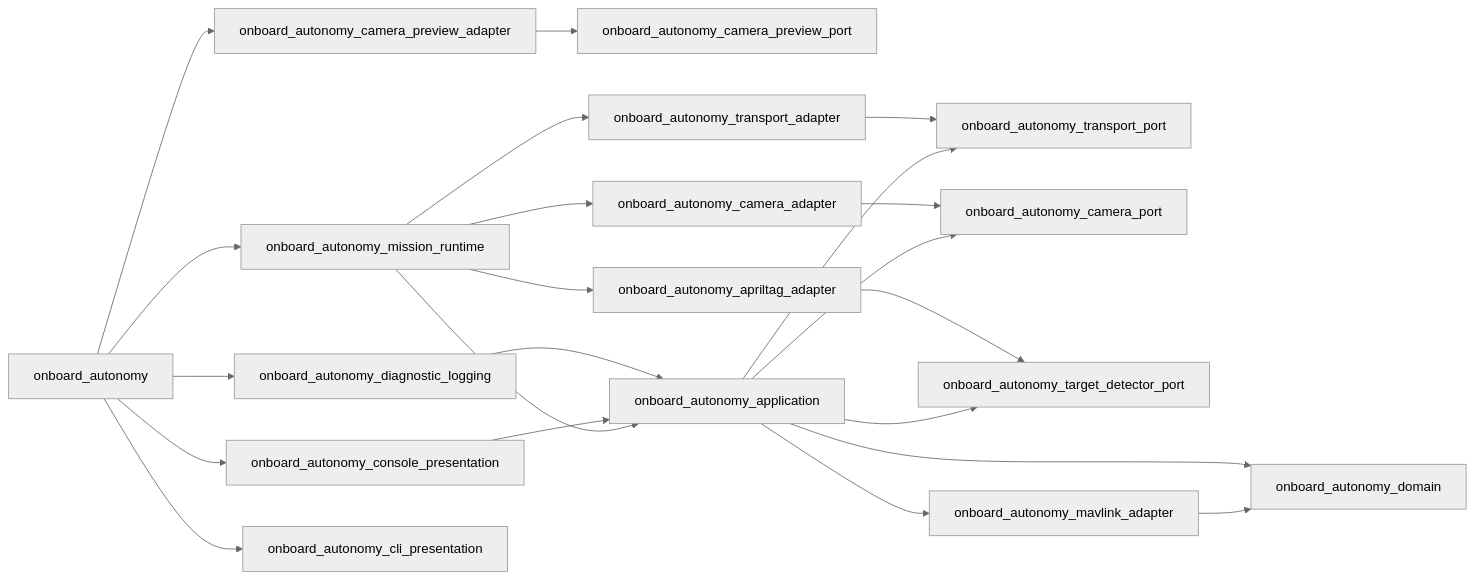
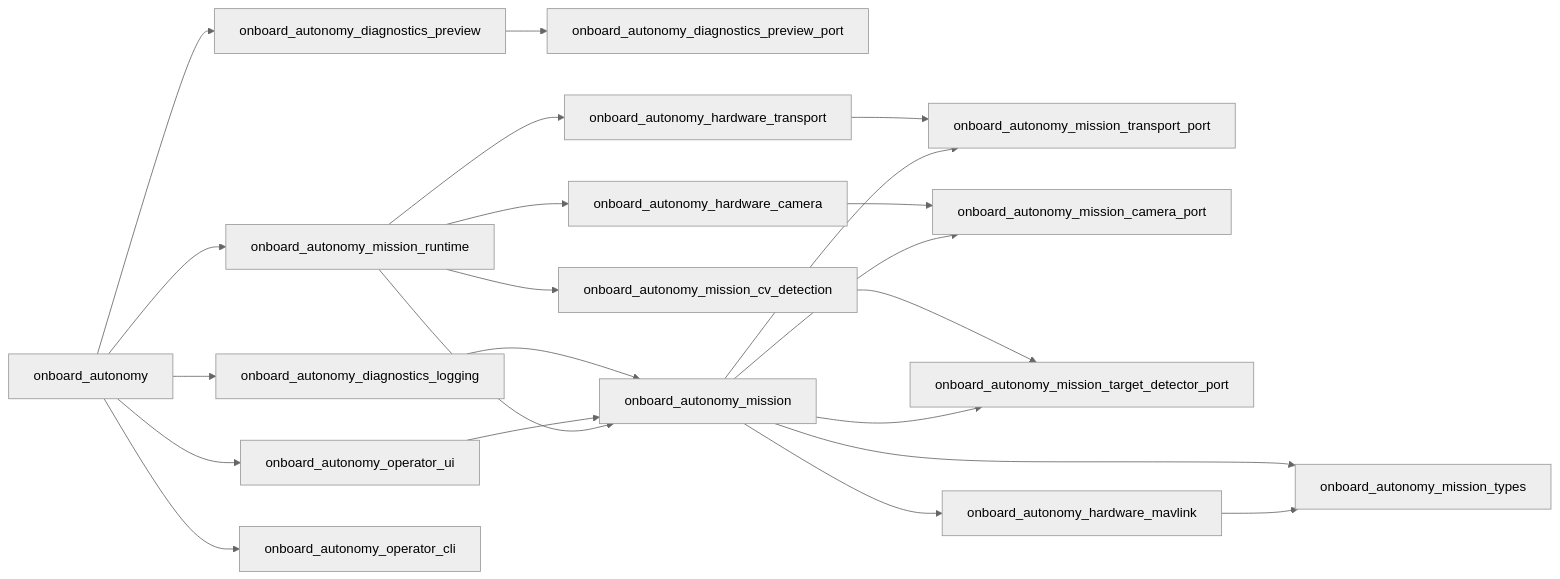
The second of 2 diagrams in docs/architecture.md (matemink/OnboardAutonomy), drawn with Mermaid (neutral theme) before and after one commit. The commit also changed other lines of this file and 180 other files, not shown here.

````diff
--- a/docs/architecture.md
+++ b/docs/architecture.md
@@ -54,30 +78,30 @@
 ```mermaid
 flowchart LR
-    Domain["onboard_autonomy_domain"]
-    TransportPort["onboard_autonomy_transport_port"]
-    CameraPort["onboard_autonomy_camera_port"]
-    PreviewPort["onboard_autonomy_camera_preview_port"]
-    DetectorPort["onboard_autonomy_target_detector_port"]
-    Mavlink["onboard_autonomy_mavlink_adapter"] --> Domain
-    Application["onboard_autonomy_application"] --> Domain
-    Application --> Mavlink
-    Application --> TransportPort
-    Application --> CameraPort
-    Application --> DetectorPort
-    Transport["onboard_autonomy_transport_adapter"] --> TransportPort
-    Camera["onboard_autonomy_camera_adapter"] --> CameraPort
-    Preview["onboard_autonomy_camera_preview_adapter"] --> PreviewPort
-    AprilTag["onboard_autonomy_apriltag_adapter"] --> DetectorPort
-    Mission["onboard_autonomy_mission_runtime"] --> Application
-    Mission --> Transport
-    Mission --> Camera
-    Mission --> AprilTag
-    Presentation["onboard_autonomy_console_presentation"] --> Application
-    Diagnostics["onboard_autonomy_diagnostic_logging"] --> Application
-    CLI["onboard_autonomy_cli_presentation"]
-    Executable["onboard_autonomy"] --> Mission
-    Executable --> Presentation
+    Domain["onboard_autonomy_mission_types"]
+    TransportPort["onboard_autonomy_mission_transport_port"]
+    CameraPort["onboard_autonomy_mission_camera_port"]
+    PreviewPort["onboard_autonomy_diagnostics_preview_port"]
+    DetectorPort["onboard_autonomy_mission_target_detector_port"]
+    Mavlink["onboard_autonomy_hardware_mavlink"] --> Domain
+    MissionCore["onboard_autonomy_mission"] --> Domain
+    MissionCore --> Mavlink
+    MissionCore --> TransportPort
+    MissionCore --> CameraPort
+    MissionCore --> DetectorPort
+    Transport["onboard_autonomy_hardware_transport"] --> TransportPort
+    Camera["onboard_autonomy_hardware_camera"] --> CameraPort
+    Preview["onboard_autonomy_diagnostics_preview"] --> PreviewPort
+    AprilTag["onboard_autonomy_mission_cv_detection"] --> DetectorPort
+    MissionRuntime["onboard_autonomy_mission_runtime"] --> MissionCore
+    MissionRuntime --> Transport
+    MissionRuntime --> Camera
+    MissionRuntime --> AprilTag
+    OperatorUI["onboard_autonomy_operator_ui"] --> MissionCore
+    Diagnostics["onboard_autonomy_diagnostics_logging"] --> MissionCore
+    CLI["onboard_autonomy_operator_cli"]
+    Executable["onboard_autonomy"] --> MissionRuntime
+    Executable --> OperatorUI
     Executable --> Diagnostics
     Executable --> Preview
     Executable --> CLI
 ```
````
